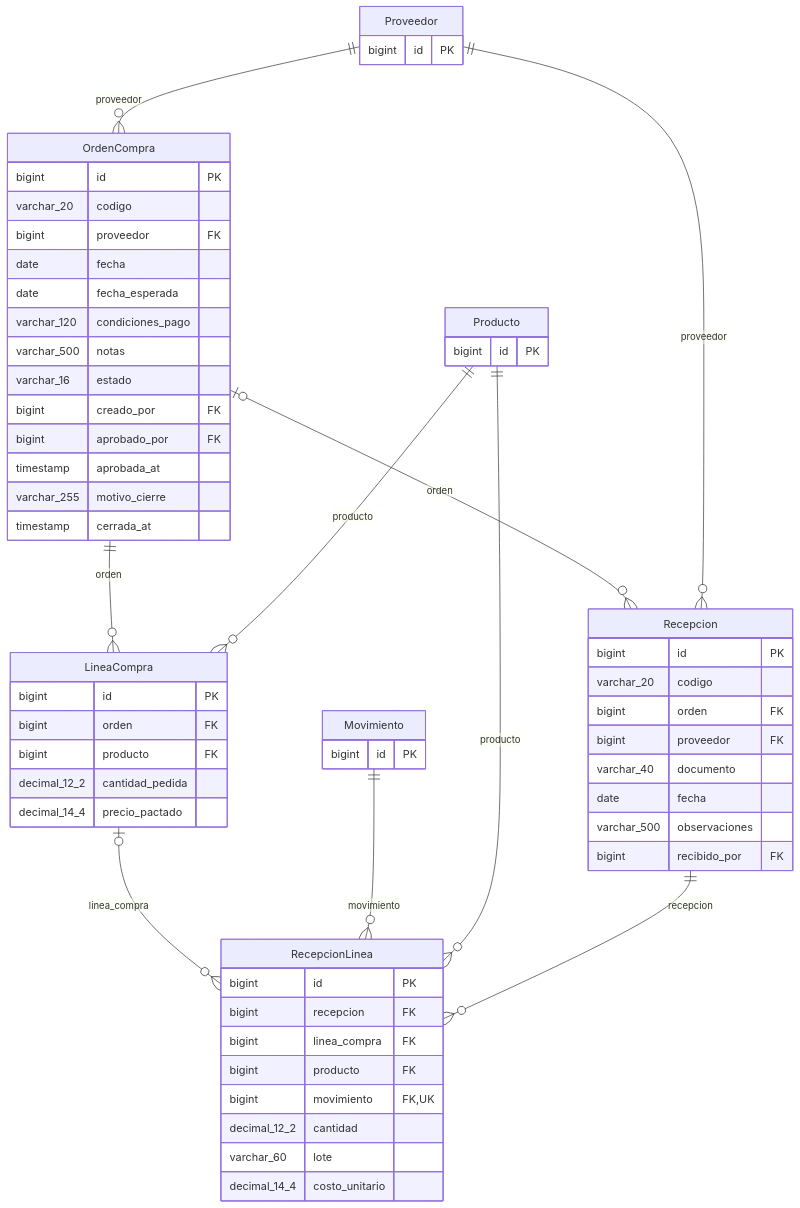
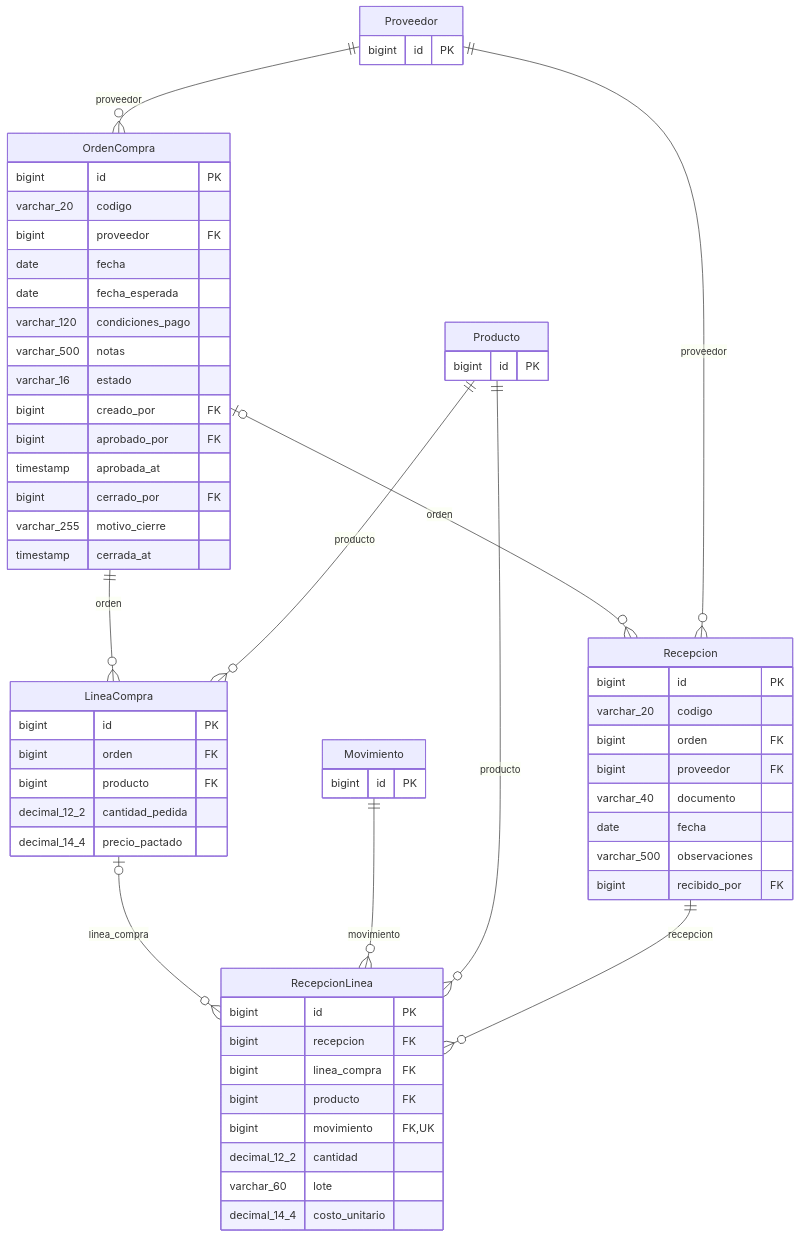
One commit to BayronVV/TexCoreERP-Backend changed the fifth of 13 diagrams in docs/modelo-de-datos.md. Above: the diagram before and after it, drawn with Mermaid. The commit also changed other lines of this file and 15 other files, not shown here.

````diff
--- a/docs/modelo-de-datos.md
+++ b/docs/modelo-de-datos.md
@@ -568,63 +568,64 @@
     ```mermaid
     erDiagram
         OrdenCompra {
             bigint id PK
             varchar_20 codigo
             bigint proveedor FK
             date fecha
             date fecha_esperada
             varchar_120 condiciones_pago
             varchar_500 notas
             varchar_16 estado
             bigint creado_por FK
             bigint aprobado_por FK
             timestamp aprobada_at
+            bigint cerrado_por FK
             varchar_255 motivo_cierre
             timestamp cerrada_at
         }
         LineaCompra {
             bigint id PK
             bigint orden FK
             bigint producto FK
             decimal_12_2 cantidad_pedida
             decimal_14_4 precio_pactado
         }
         Recepcion {
             bigint id PK
             varchar_20 codigo
             bigint orden FK
             bigint proveedor FK
             varchar_40 documento
             date fecha
             varchar_500 observaciones
             bigint recibido_por FK
         }
         RecepcionLinea {
             bigint id PK
             bigint recepcion FK
             bigint linea_compra FK
             bigint producto FK
             bigint movimiento FK, UK
             decimal_12_2 cantidad
             varchar_60 lote
             decimal_14_4 costo_unitario
         }
         Proveedor {
             bigint id PK
         }
         Producto {
             bigint id PK
         }
         Movimiento {
             bigint id PK
         }
         LineaCompra |o--o{ RecepcionLinea : "linea_compra"
         Movimiento ||--o{ RecepcionLinea : "movimiento"
         OrdenCompra |o--o{ Recepcion : "orden"
         OrdenCompra ||--o{ LineaCompra : "orden"
         Producto ||--o{ LineaCompra : "producto"
         Producto ||--o{ RecepcionLinea : "producto"
         Proveedor ||--o{ OrdenCompra : "proveedor"
         Proveedor ||--o{ Recepcion : "proveedor"
         Recepcion ||--o{ RecepcionLinea : "recepcion"
     ```
````
